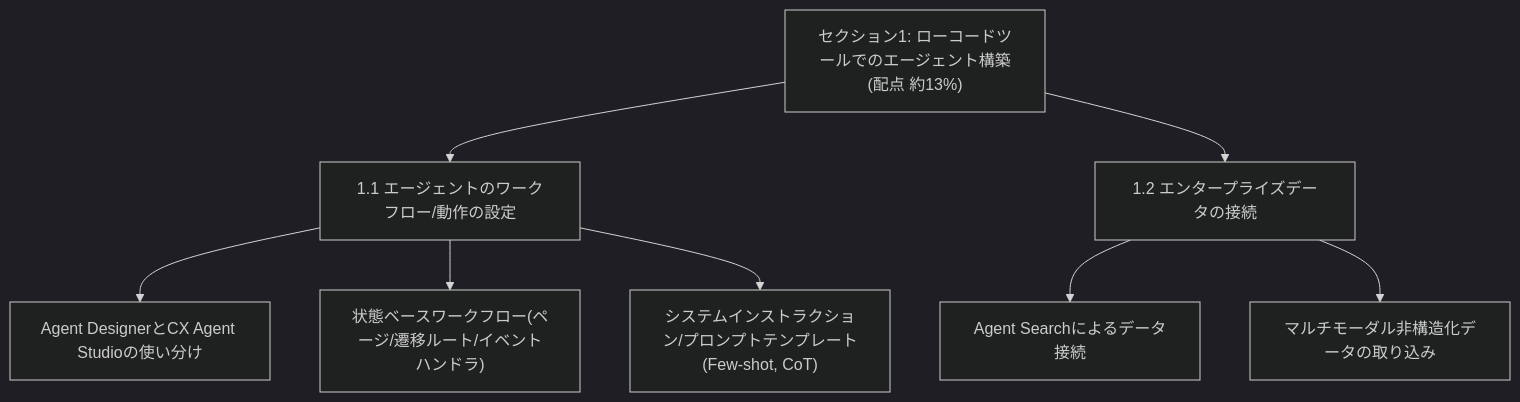
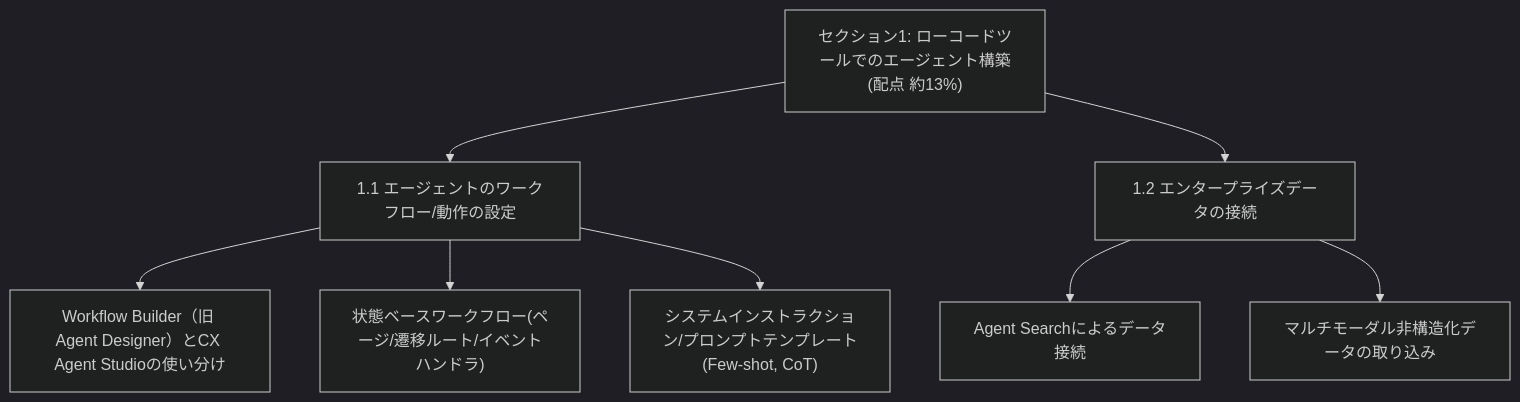
The first of 7 diagrams in Professional-agentic-architect-section1.md (myoshi2891/Cloud-Infrastructure-Studies), drawn with Mermaid (dark theme) before and after one commit. The commit also changed other lines of this file and 2 other files, not shown here.

Commit message:
docs: update Computer Networks and Professional Agentic Architect study guides

````diff
--- a/Professional-agentic-architect-section1.md
+++ b/Professional-agentic-architect-section1.md
@@ -31,10 +31,10 @@
 ```mermaid
 flowchart TD
     A["セクション1: ローコードツールでのエージェント構築(配点 約13%)"] --> B["1.1 エージェントのワークフロー/動作の設定"]
     A --> C["1.2 エンタープライズデータの接続"]
-    B --> B1["Agent DesignerとCX Agent Studioの使い分け"]
+    B --> B1["Workflow Builder（旧 Agent Designer）とCX Agent Studioの使い分け"]
     B --> B2["状態ベースワークフロー(ページ/遷移ルート/イベントハンドラ)"]
     B --> B3["システムインストラクション/プロンプトテンプレート(Few-shot, CoT)"]
     C --> C1["Agent Searchによるデータ接続"]
     C --> C2["マルチモーダル非構造化データの取り込み"]
 ```
````
